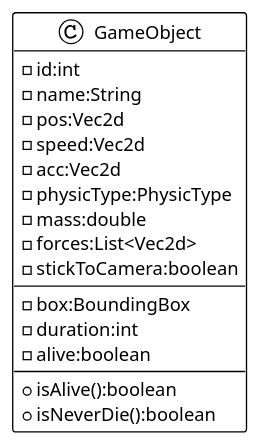
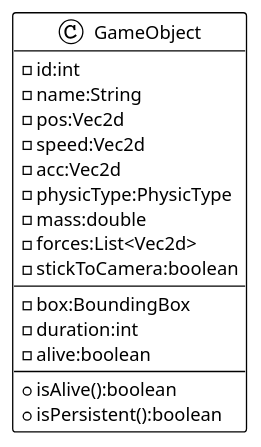
The diagram in src/docs/12-collision_detection_as_service.md (fossabot/myproject), drawn with PlantUML before and after one commit. The commit also changed other lines of this file and 69 other files, not shown here.

````diff
--- a/src/docs/12-collision_detection_as_service.md
+++ b/src/docs/12-collision_detection_as_service.md
@@ -33,23 +35,23 @@
 ```plantuml
 @startuml
 !theme plain
 class GameObject {
     - id:int
     - name:String
     - pos:Vec2d
     - speed:Vec2d
     - acc:Vec2d
     - physicType:PhysicType
     - mass:double
     - forces:List<Vec2d>
     - stickToCamera:boolean
     ---
     - box:BoundingBox
     - duration:int
     - alive:boolean
     ---
     + isAlive():boolean
-    + isNeverDie():boolean
+    + isPersistent():boolean
 }
 @enduml
 ```
````
